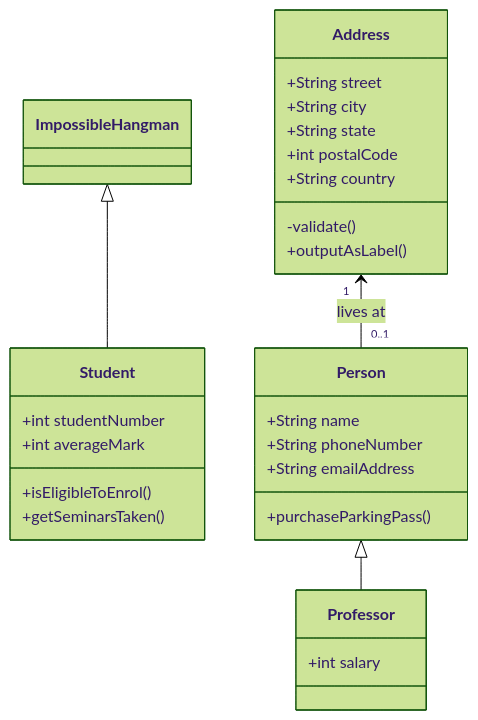
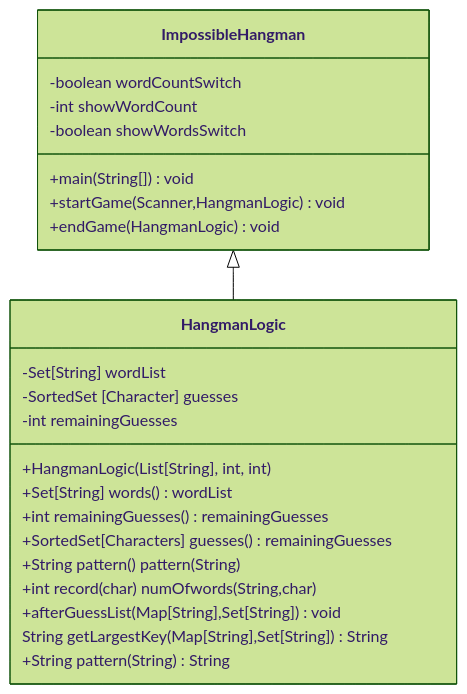
One commit to TheEvergreenStateCollege/upper-division-cs-23-24 changed the second of 3 diagrams in dsa-23au/java-dsa/ndeanon25/README.md. Above: the diagram before and after it, drawn with Mermaid (forest theme). The commit also changed other lines of this file and 2 other files, not shown here.

````diff
--- a/dsa-23au/java-dsa/ndeanon25/README.md
+++ b/dsa-23au/java-dsa/ndeanon25/README.md
@@ -98,28 +118,28 @@
 ```mermaid
 		classDiagram
-   ImpossibleHangman <|-- Student
-   Person <|-- Professor
-   Person : +String name
-   Person : +String phoneNumber
-   Person : +String emailAddress
-   Person: +purchaseParkingPass()
-   Address "1" <-- "0..1" Person:lives at
-   class Student{
-      +int studentNumber
-      +int averageMark
-      +isEligibleToEnrol()
-      +getSeminarsTaken()
+   ImpossibleHangman <|-- HangmanLogic
+   ImpossibleHangman : -boolean wordCountSwitch
+   ImpossibleHangman : -int showWordCount
+   ImpossibleHangman : -boolean showWordsSwitch
+   ImpossibleHangman: +main(String[]) void
+   ImpossibleHangman: +startGame(Scanner,HangmanLogic) void
+   ImpossibleHangman: +endGame(HangmanLogic) void
+    class HangmanLogic{
+      -Set[String] wordList
+      -SortedSet [Character] guesses
+      -int remainingGuesses
+      +HangmanLogic(List[String], int, int)
+      +Set[String] words() wordList
+      +int remainingGuesses() remainingGuesses
+      +SortedSet[Characters] guesses() remainingGuesses
+      +String pattern() pattern(String)
+      +int record(char) numOfwords(String,char)
+      +afterGuessList(Map[String],Set[String]) void
+      String getLargestKey(Map[String],Set[String]) String
+      +String pattern(String) String
+
+
+      
     }
-    class Professor{
-      +int salary
-    }
-    class Address{
-      +String street
-      +String city
-      +String state
-      +int postalCode
-      +String country
-      -validate()
-      +outputAsLabel()  
-    }			
+    		
 ```
````
